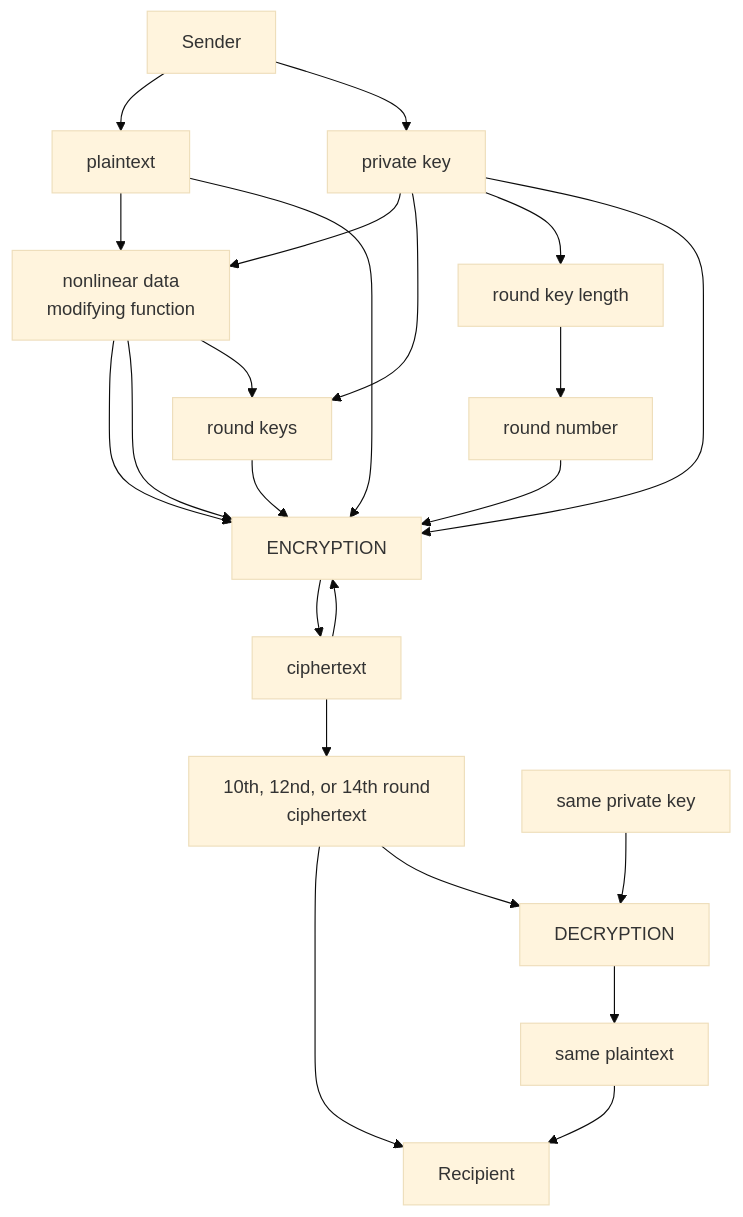
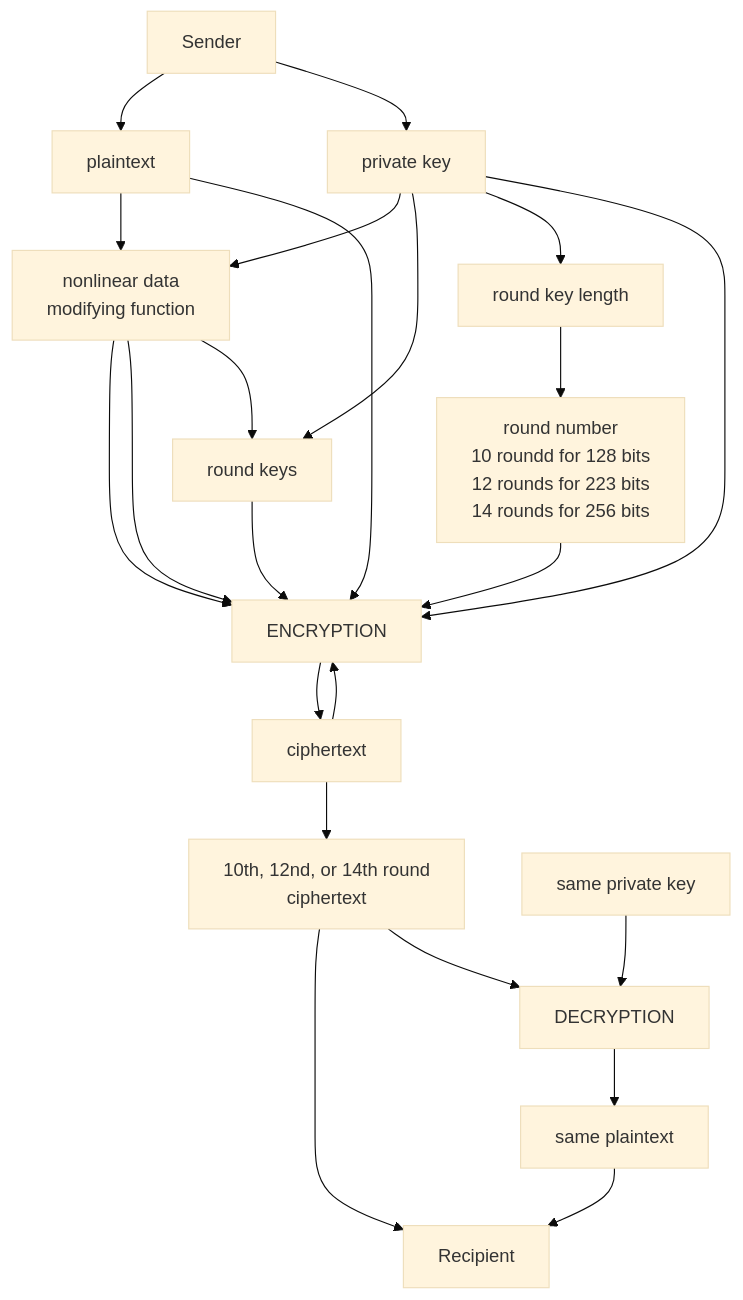
One commit to Kietpawpan/encryption changed the diagram in README.md. Above: the diagram before and after it, drawn with Mermaid (base theme).

````diff
--- a/README.md
+++ b/README.md
@@ -5,15 +5,15 @@
 ```mermaid
 flowchart TD
     A[Sender] --> B[plaintext]-->FC
     C[private key]-->FC-->D[ENCRYPTION]-->E[ciphertext]-->D
     E-->FN[10th, 12nd, or 14th round\nciphertext]-->F[Recipient]
     C2[same private key]-->G[DECRYPTION]-->I[same plaintext]-->F
      FN-->G
 A-->C
 C-->RK[round keys]-->D
-C-->RKL[round key length]-->RN[round number]-->D
+C-->RKL[round key length]-->RN[round number\n10 roundd for 128 bits\n12 rounds for 223 bits\n14 rounds for 256 bits]-->D
 FC[nonlinear data \nmodifying function]-->D
 FC-->RK
 B-->D
 C-->D
 ```
````
